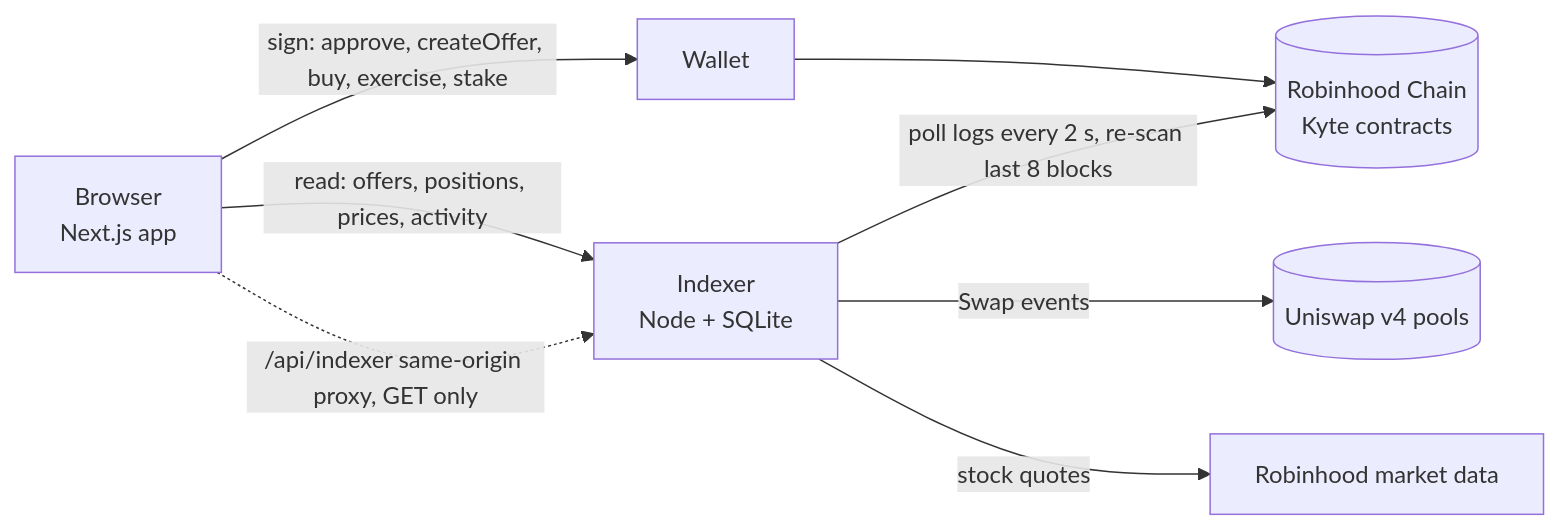
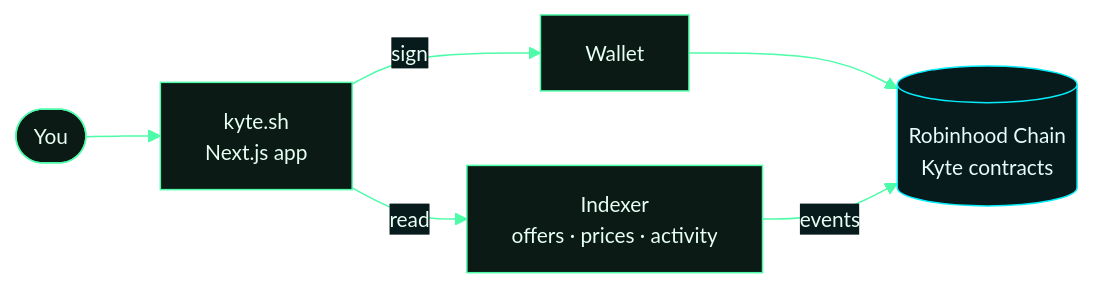
The diagram in scripts/public/README.market.md (0x-saurabh/gust), drawn with Mermaid before and after one commit. The commit also changed other lines of this file and 10 other files, not shown here.

Commit message:
Public repos: one small styled flowchart per repo instead of large system diagrams

````diff
--- a/scripts/public/README.market.md
+++ b/scripts/public/README.market.md
@@ -12,9 +12,11 @@
 ```mermaid
+%%{init: {'theme':'base','themeVariables':{'primaryColor':'#0b1a14','primaryTextColor':'#e8fff3','primaryBorderColor':'#4dfca9','lineColor':'#4dfca9','secondaryColor':'#071a1c','tertiaryColor':'#111','fontFamily':'ui-sans-serif, system-ui','fontSize':'14px'}}}%%
 flowchart LR
-  U[Browser<br/>Next.js app] -- read: offers, positions, prices, activity --> I[Indexer<br/>Node + SQLite]
-  U -- sign: approve, createOffer, buy, exercise, stake --> W[Wallet] --> C[(Robinhood Chain<br/>Kyte contracts)]
-  I -- poll logs every 2 s, re-scan last 8 blocks --> C
-  I -- Swap events --> P[(Uniswap v4 pools)]
-  I -- stock quotes --> Q[Robinhood market data]
-  U -. /api/indexer same-origin proxy, GET only .-> I
+  U([You]) --> A[kyte.sh<br/>Next.js app]
+  A -->|read| I[Indexer<br/>offers · prices · activity]
+  A -->|sign| W[Wallet]
+  W --> C[(Robinhood Chain<br/>Kyte contracts)]
+  I -->|events| C
+  classDef chain fill:#071a1c,stroke:#05edfa,color:#e8fcff
+  class C chain
 ```
````
